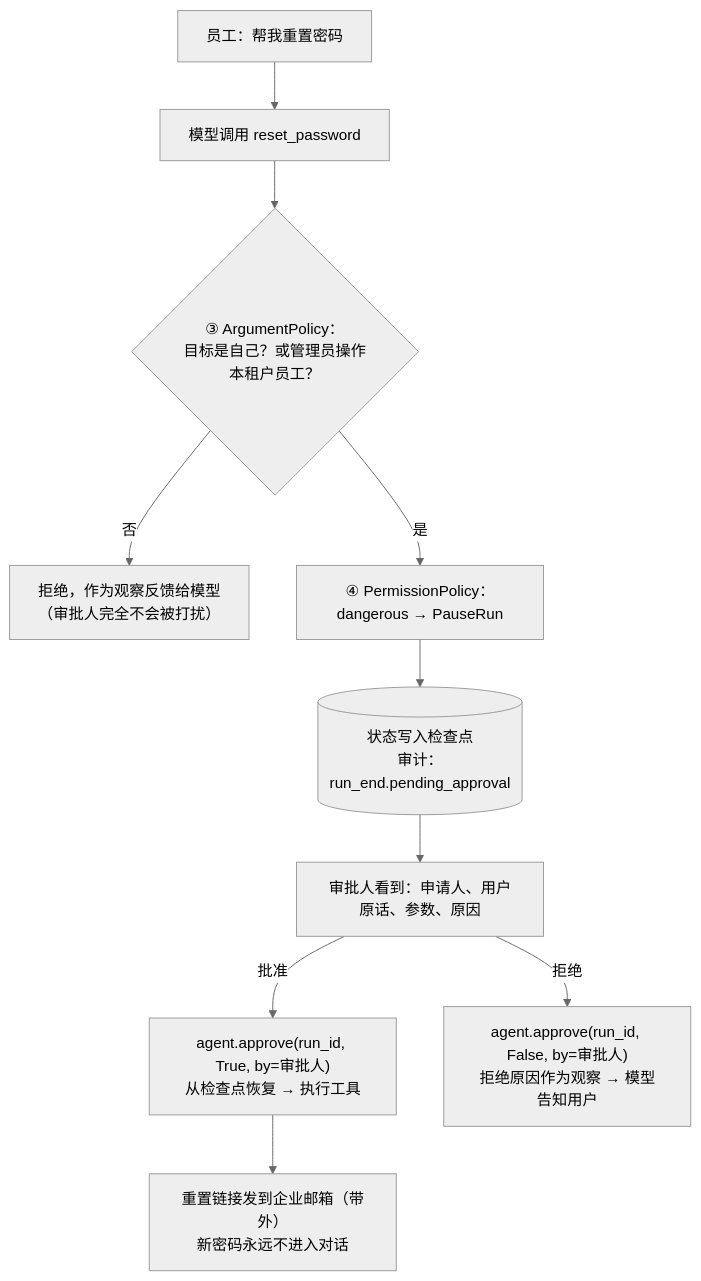
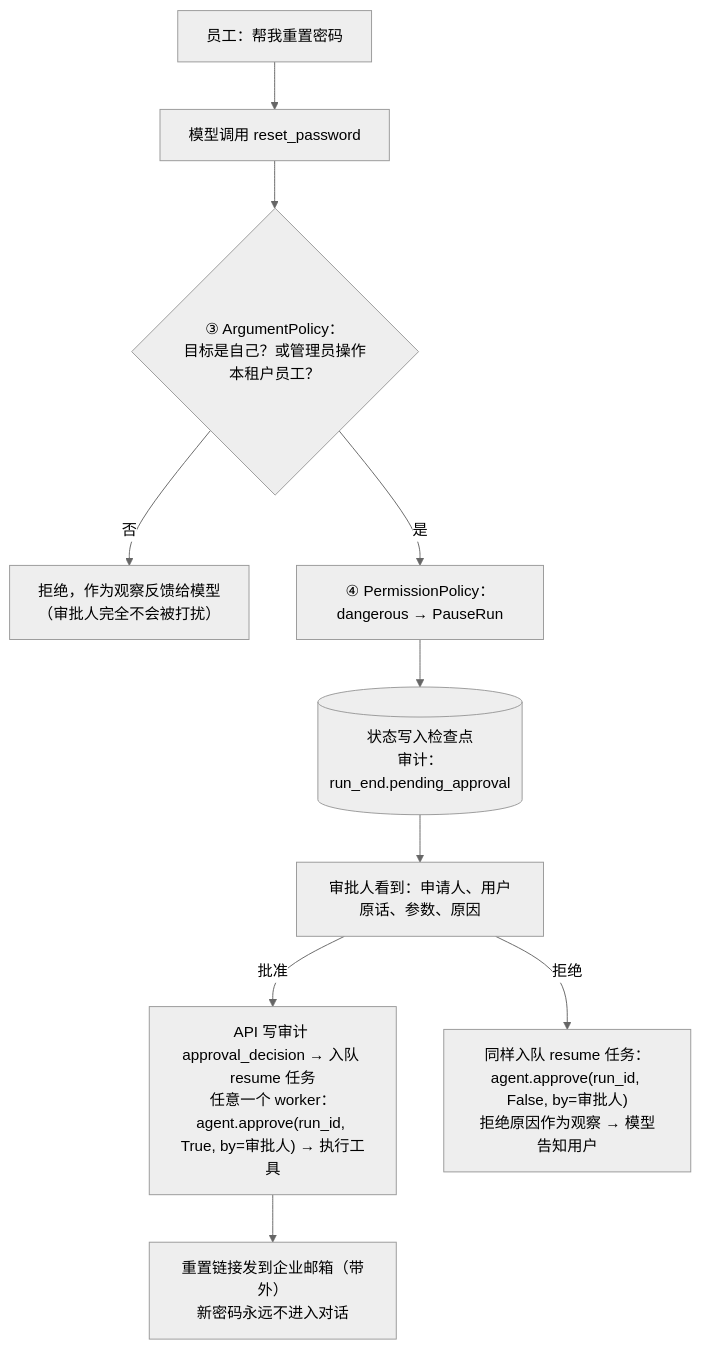
One commit to heaven999b/hello-agent-system changed the second of 4 diagrams in capstone/README.md. Above: the diagram before and after it, drawn with Mermaid (neutral theme). The commit also changed other lines of this file and 21 other files, not shown here.

First line of the commit message:
capstone: ITBuddy as API process + worker processes on SQLite

````diff
--- a/capstone/README.md
+++ b/capstone/README.md
@@ -98,12 +108,12 @@
 ```mermaid
 flowchart TD
     A["员工：帮我重置密码"] --> B["模型调用 reset_password"]
     B --> C{"③ ArgumentPolicy：<br/>目标是自己？或管理员操作本租户员工？"}
     C -->|"否"| D["拒绝，作为观察反馈给模型<br/>（审批人完全不会被打扰）"]
     C -->|"是"| E["④ PermissionPolicy：dangerous → PauseRun"]
     E --> F[("状态写入检查点<br/>审计：run_end.pending_approval")]
     F --> G["审批人看到：申请人、用户原话、参数、原因"]
-    G -->|"批准"| H["agent.approve(run_id, True, by=审批人)<br/>从检查点恢复 → 执行工具"]
-    G -->|"拒绝"| I["agent.approve(run_id, False, by=审批人)<br/>拒绝原因作为观察 → 模型告知用户"]
+    G -->|"批准"| H["API 写审计 approval_decision → 入队 resume 任务<br/>任意一个 worker：agent.approve(run_id, True, by=审批人) → 执行工具"]
+    G -->|"拒绝"| I["同样入队 resume 任务：agent.approve(run_id, False, by=审批人)<br/>拒绝原因作为观察 → 模型告知用户"]
     H --> J["重置链接发到企业邮箱（带外）<br/>新密码永远不进入对话"]
 ```
````
